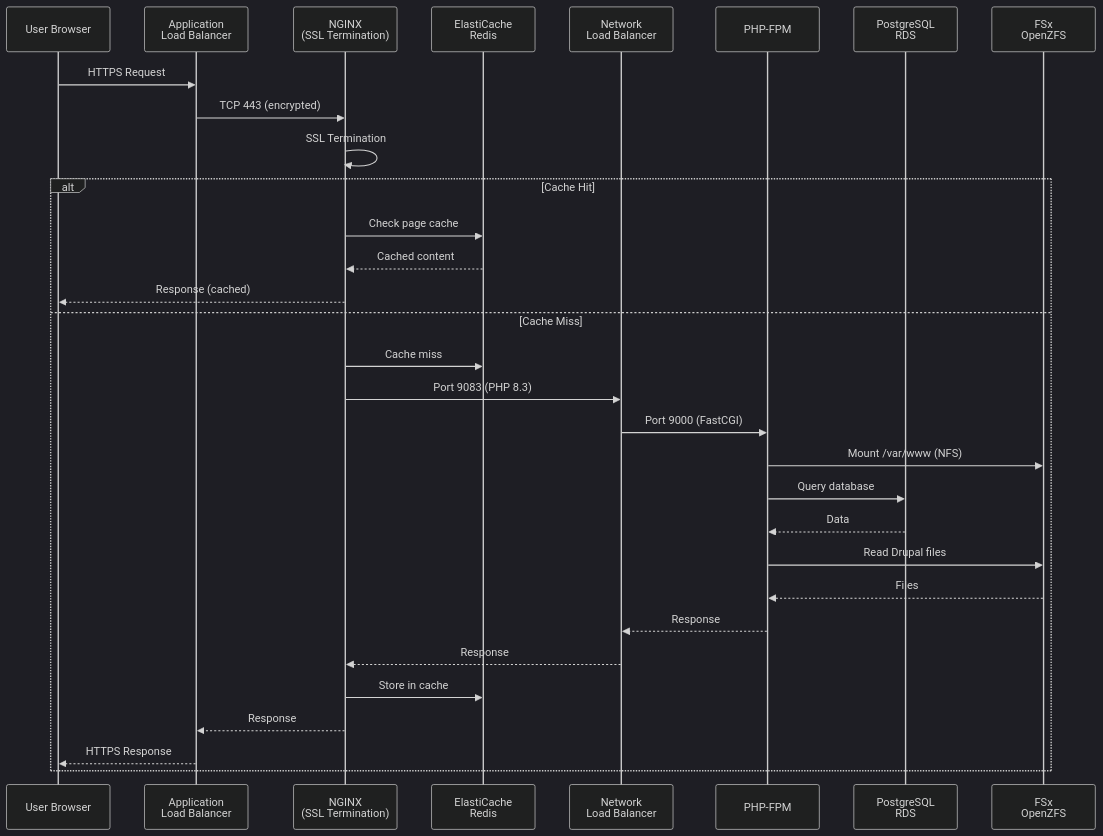
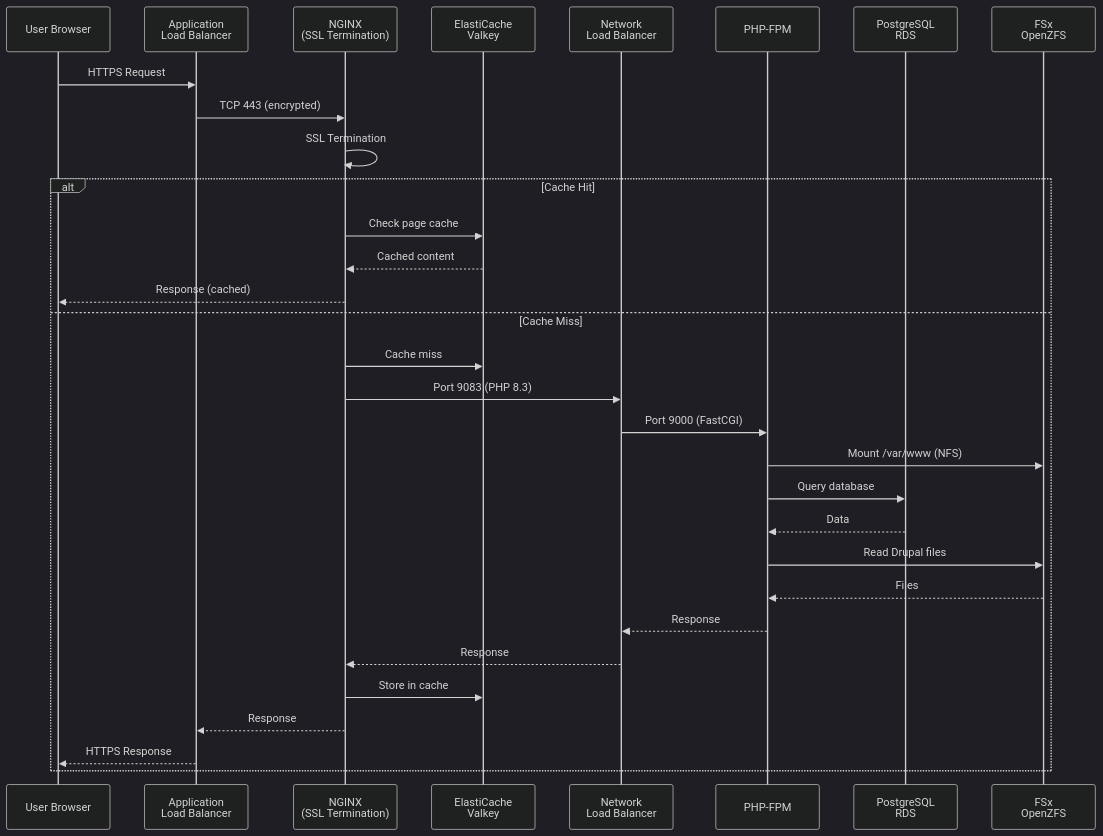
Before and after one commit to worx/cf-scalable-web: the third of 16 diagrams in docs/ARCHITECTURE.md, drawn with Mermaid (dark theme). The commit also changed other lines of this file and 13 other files, not shown here.

First line of the commit message:
docs(redis→valkey): Complete Redis-to-Valkey rename across all docs and scripts

````diff
--- a/docs/ARCHITECTURE.md
+++ b/docs/ARCHITECTURE.md
@@ -99,35 +99,35 @@
 ```mermaid
 sequenceDiagram
     participant User as User Browser
     participant ALB as Application<br/>Load Balancer
     participant NGINX as NGINX<br/>(SSL Termination)
-    participant Redis as ElastiCache<br/>Redis
+    participant Cache as ElastiCache<br/>Valkey
     participant NLB as Network<br/>Load Balancer
     participant PHP as PHP-FPM
     participant RDS as PostgreSQL<br/>RDS
     participant FSx as FSx<br/>OpenZFS
 
     User->>ALB: HTTPS Request
     ALB->>NGINX: TCP 443 (encrypted)
     NGINX->>NGINX: SSL Termination
 
     alt Cache Hit
-        NGINX->>Redis: Check page cache
-        Redis-->>NGINX: Cached content
+        NGINX->>Cache: Check page cache
+        Cache-->>NGINX: Cached content
         NGINX-->>User: Response (cached)
     else Cache Miss
-        NGINX->>Redis: Cache miss
+        NGINX->>Cache: Cache miss
         NGINX->>NLB: Port 9083 (PHP 8.3)
         NLB->>PHP: Port 9000 (FastCGI)
         PHP->>FSx: Mount /var/www (NFS)
         PHP->>RDS: Query database
         RDS-->>PHP: Data
         PHP->>FSx: Read Drupal files
         FSx-->>PHP: Files
         PHP-->>NLB: Response
         NLB-->>NGINX: Response
-        NGINX->>Redis: Store in cache
+        NGINX->>Cache: Store in cache
         NGINX-->>ALB: Response
         ALB-->>User: HTTPS Response
     end
 ```
````
